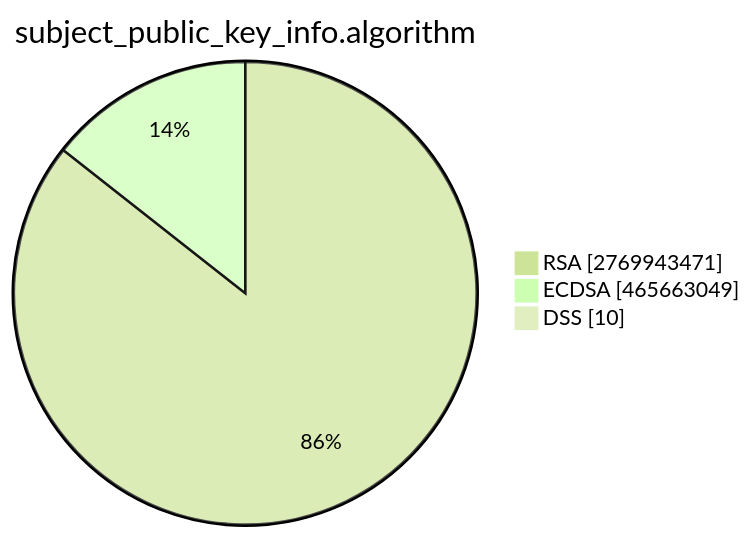
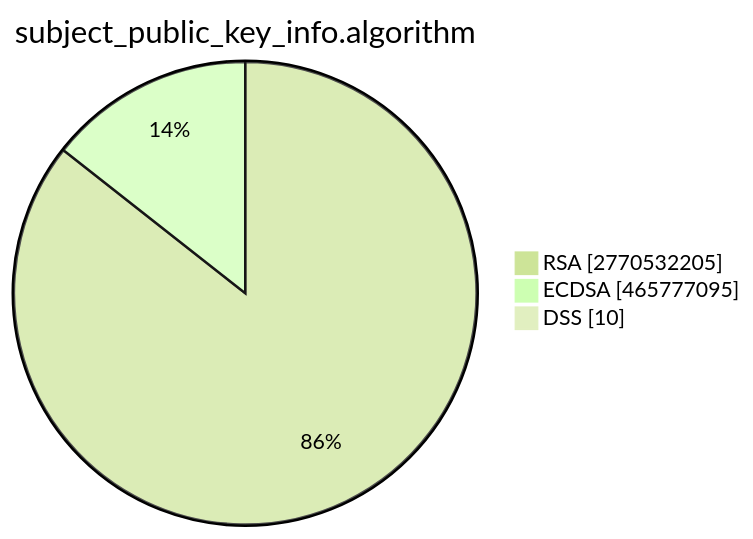
One commit to christiankrug/ctmonitor_visualization changed the second of 15 diagrams in TOTAL/README.md. Above: the diagram before and after it, drawn with Mermaid (forest theme). The commit also changed other lines of this file, not shown here.

````diff
--- a/TOTAL/README.md
+++ b/TOTAL/README.md
@@ -6,7 +6,7 @@
 ```mermaid
 pie showData
 title subject_public_key_info.algorithm
-"RSA" :2769943471
-"ECDSA" :465663049
+"RSA" :2770532205
+"ECDSA" :465777095
 "DSS" :10
 ```
````
